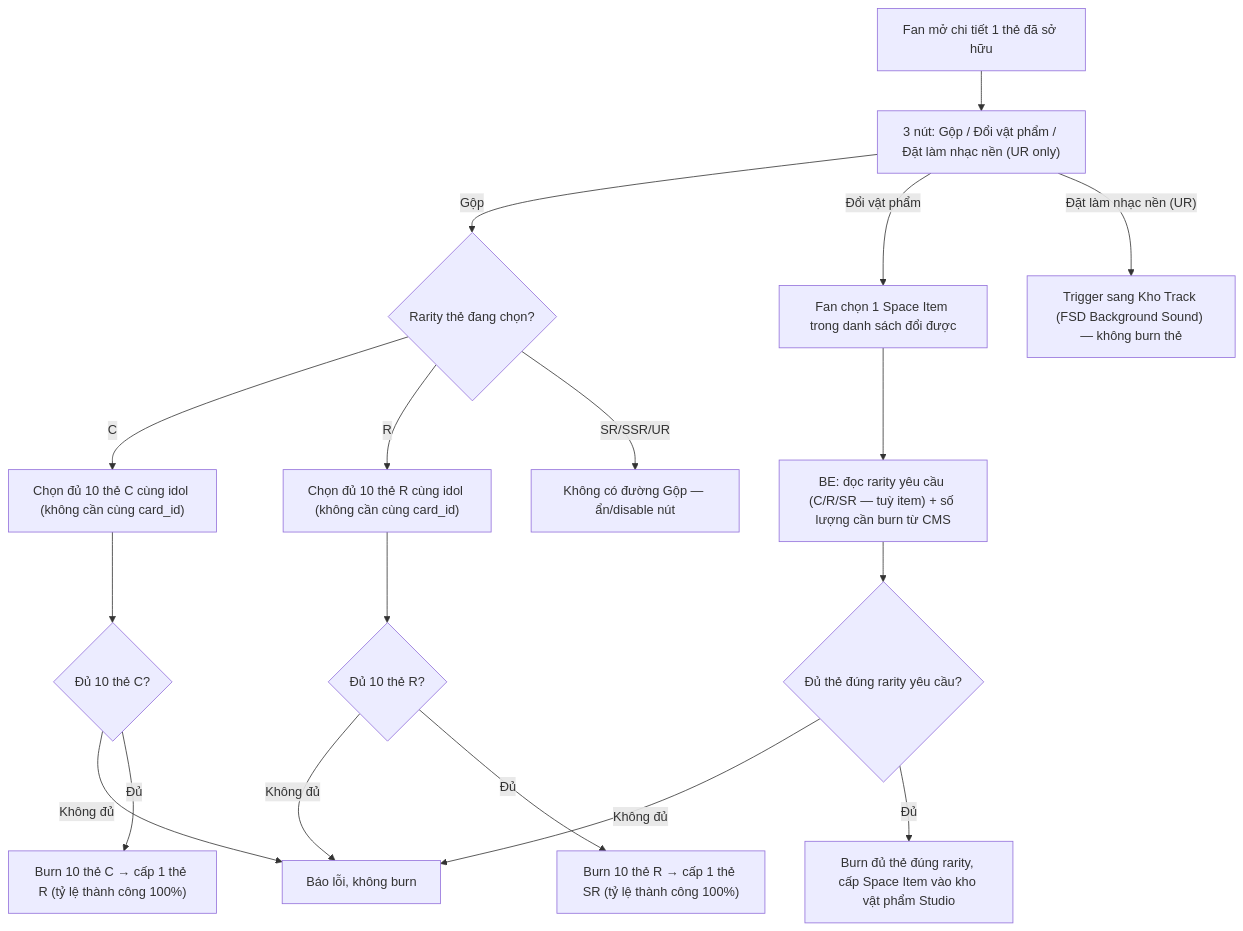
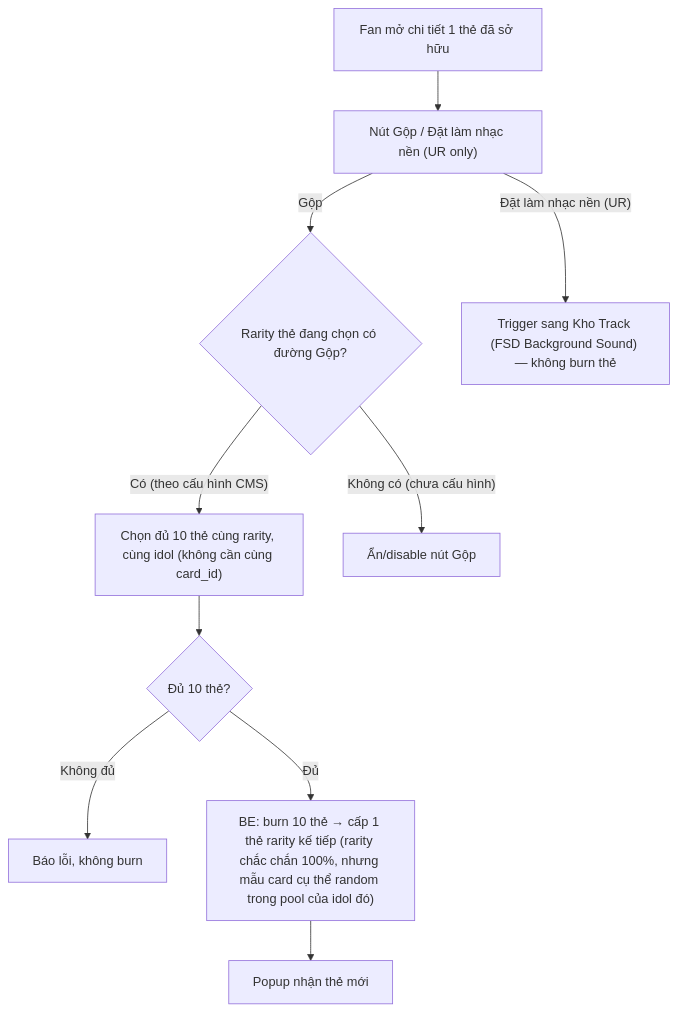
Before and after one commit to chrishieu/fana-analysis: the second of 2 diagrams in FSD_mvp2_Ecard_Collect_Burn.md, drawn with Mermaid. The commit also changed other lines of this file, not shown here.

Commit message:
Chốt lại cơ chế E-card theo giấy phép game (17/08/2026): bỏ nguồn nhận thẻ qua mission, chuyển toàn bộ Collect sang mua bằng tiền thật tại Cửa hàng; Gộp R nâng tỷ lệ 20%→100%; loại bỏ nhánh Đổi vật phẩm và claim quà rank-up bằng E-card; tạm deactive rarity SSR/UR trong MVP2.

````diff
--- a/FSD_mvp2_Ecard_Collect_Burn.md
+++ b/FSD_mvp2_Ecard_Collect_Burn.md
@@ -133,25 +110,15 @@
 ```mermaid
 flowchart TD
-    A["Fan mở chi tiết 1 thẻ đã sở hữu"] --> B["3 nút: Gộp / Đổi vật phẩm / Đặt làm nhạc nền (UR only)"]
+    A["Fan mở chi tiết 1 thẻ đã sở hữu"] --> B["Nút Gộp / Đặt làm nhạc nền (UR only)"]
 
-    B -- Gộp --> C{"Rarity thẻ đang chọn?"}
-    C -- C --> D["Chọn đủ 10 thẻ C cùng idol (không cần cùng card_id)"]
-    C -- R --> E["Chọn đủ 10 thẻ R cùng idol (không cần cùng card_id)"]
-    C -- "SR/SSR/UR" --> F["Không có đường Gộp — ẩn/disable nút"]
+    B -- Gộp --> C{"Rarity thẻ đang chọn có đường Gộp?"}
+    C -- "Có (theo cấu hình CMS)" --> D["Chọn đủ 10 thẻ cùng rarity, cùng idol (không cần cùng card_id)"]
+    C -- "Không có (chưa cấu hình)" --> E["Ẩn/disable nút Gộp"]
 
-    D --> G{"Đủ 10 thẻ C?"}
-    G -- Không đủ --> H["Báo lỗi, không burn"]
-    G -- Đủ --> I["Burn 10 thẻ C → cấp 1 thẻ R (tỷ lệ thành công 100%)"]
+    D --> F{"Đủ 10 thẻ?"}
+    F -- Không đủ --> G["Báo lỗi, không burn"]
+    F -- Đủ --> H["BE: burn 10 thẻ → cấp 1 thẻ rarity kế tiếp (rarity chắc chắn 100%, nhưng mẫu card cụ thể random trong pool của idol đó)"]
+    H --> I["Popup nhận thẻ mới"]
 
-    E --> J{"Đủ 10 thẻ R?"}
-    J -- Không đủ --> H
-    J -- Đủ --> L["Burn 10 thẻ R → cấp 1 thẻ SR (tỷ lệ thành công 100%)"]
-
-    B -- "Đổi vật phẩm" --> N["Fan chọn 1 Space Item trong danh sách đổi được"]
-    N --> O["BE: đọc rarity yêu cầu (C/R/SR — tuỳ item) + số lượng cần burn từ CMS"]
-    O --> P{"Đủ thẻ đúng rarity yêu cầu?"}
-    P -- Không đủ --> H
-    P -- Đủ --> Q["Burn đủ thẻ đúng rarity, cấp Space Item vào kho vật phẩm Studio"]
-
-    B -- "Đặt làm nhạc nền (UR)" --> R["Trigger sang Kho Track (FSD Background Sound) — không burn thẻ"]
+    B -- "Đặt làm nhạc nền (UR)" --> J["Trigger sang Kho Track (FSD Background Sound) — không burn thẻ"]
 ```
````
